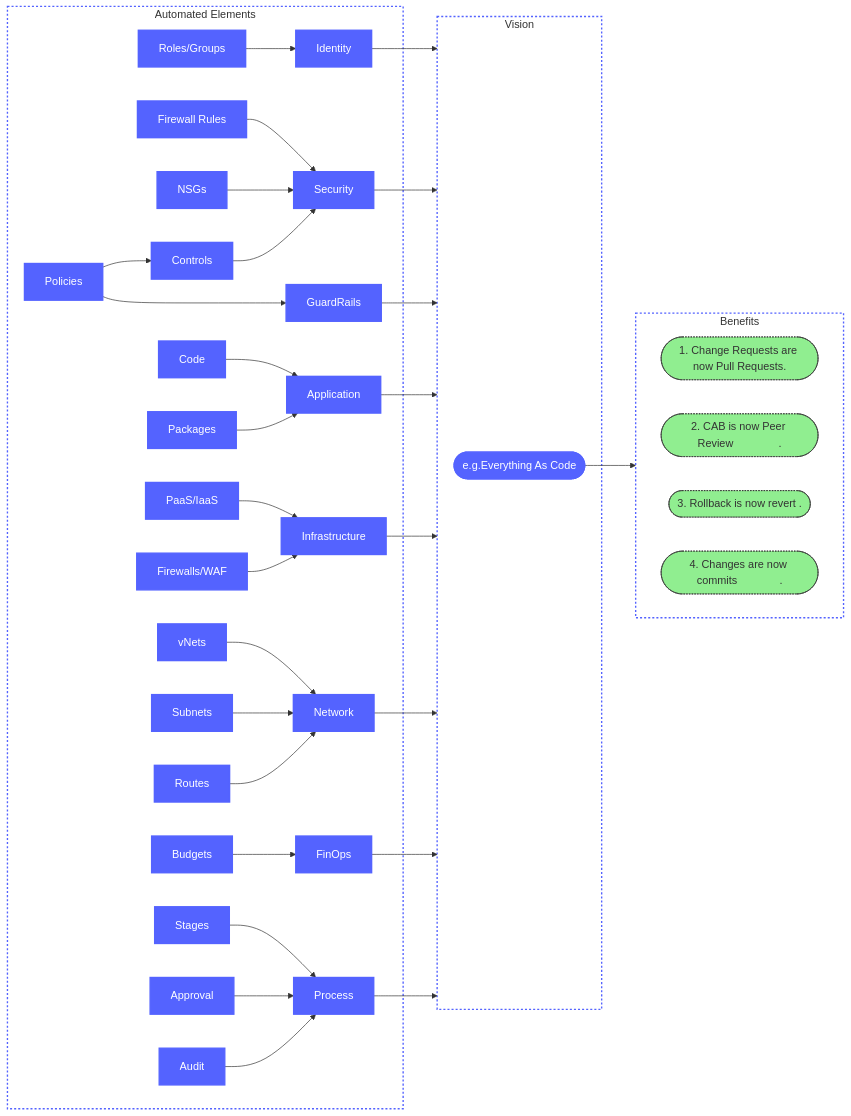
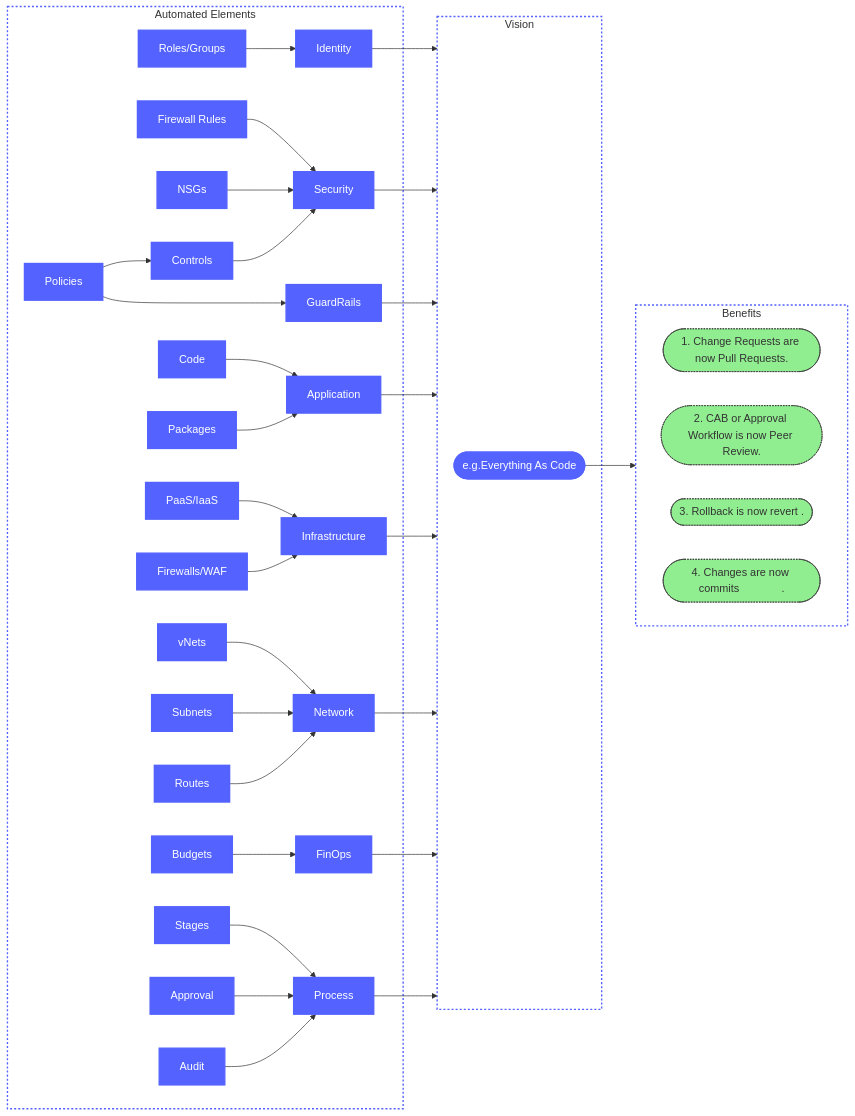
Before and after one commit to dermotreynolds/data.io.docs: the diagram in strategy/DevOps Adoption.md, drawn with Mermaid. The commit also changed other lines of this file and 15 other files, not shown here.

````diff
--- a/strategy/DevOps Adoption.md
+++ b/strategy/DevOps Adoption.md
@@ -13,61 +13,61 @@
 ```mermaid
 flowchart LR
     subgraph Vision
         1([e.g.Everything As Code])
     end
 
     subgraph Automation[Automated Elements]
         1.1[Identity]
         1.1.1[Roles/Groups]-->1.1
         1.2[Security]
         1.2.1[Firewall Rules] --> 1.2
         1.2.2[NSGs] --> 1.2
         1.2.3[Controls] --> 1.2
         1.3[GuardRails]
         1.3.1[Policies] --> 1.3
         1.3.1[Policies] --> 1.2.3    
         1.5[Infrastructure]
         1.5.1[PaaS/IaaS]-->1.5
         1.5.2[Firewalls/WAF]-->1.5
         1.4[Application]
         1.4.1[Code]-->1.4
         1.4.2[Packages]-->1.4
         1.6[Network]
         1.6.1[vNets]-->1.6
         1.6.2[Subnets]-->1.6
         1.6.3[Routes]-->1.6
         1.7[FinOps]
         1.7.1[Budgets]-->1.7
         1.8[Process]
         1.8.1[Stages]-->1.8
         1.8.2[Approval]-->1.8
         1.8.3[Audit]-->1.8
     end
     
     1--> Benefits
     1.1 --> Vision
     1.2 --> Vision
     1.3 --> Vision
     1.4 --> Vision
     1.5 --> Vision
     1.6 --> Vision
     1.7 --> Vision
     1.8 --> Vision
 
     subgraph Benefits
         direction LR
         2.1([1. Change Requests are now Pull Requests.])
-        2.2([2. CAB is now Peer Review               .])
+        2.2([2. CAB or Approval Workflow is now Peer Review.])
         2.3([3. Rollback is now revert               .])
         2.4([4. Changes are now commits              .])
     end
 
     class 1,1.1,1.2,1.3,1.4,1.5,1.6,1.7,1.8 DeviceClass
     class 1.1.1,1.2.1,1.2.2,1.2.3,1.2.4,1.3.1,1.4.1,1.4.2,1.5.1,1.5.2,1.6.1,1.6.2,1.6.3,1.7.1,1.8.1,1.8.2,1.8.3 DeviceClass
     class 2.1,2.2,2.3,2.4 GoodCalloutClass
     class Vision,Automation,Benefits GroupClass
     
     classDef DeviceClass fill:#5463FF,stroke:#5463FF, stroke-width:2px , font-size: 100%, color: white
     classDef GroupClass fill:#FFFFFF,stroke:#5463FF,stroke-width:2px, stroke-dasharray: 3
     classDef GoodCalloutClass fill:#90EE90	,stroke:#333,stroke-width:1px , stroke-dasharray: 2
 ```
````
